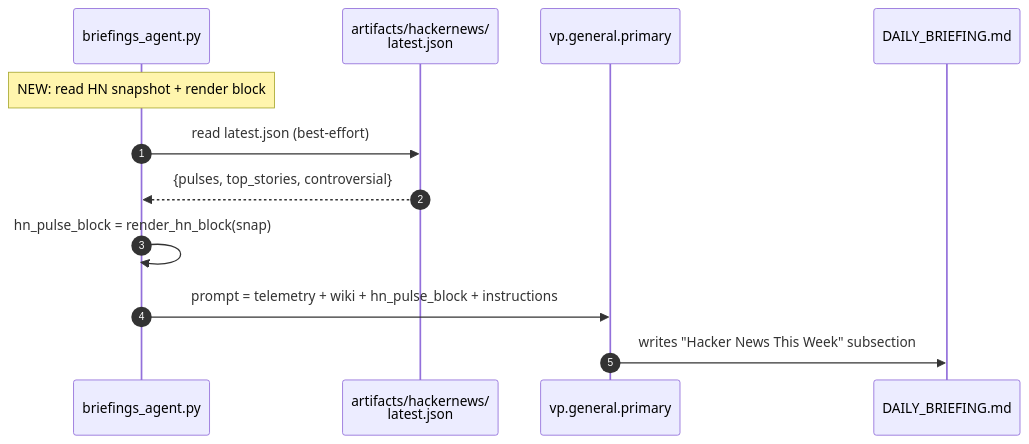
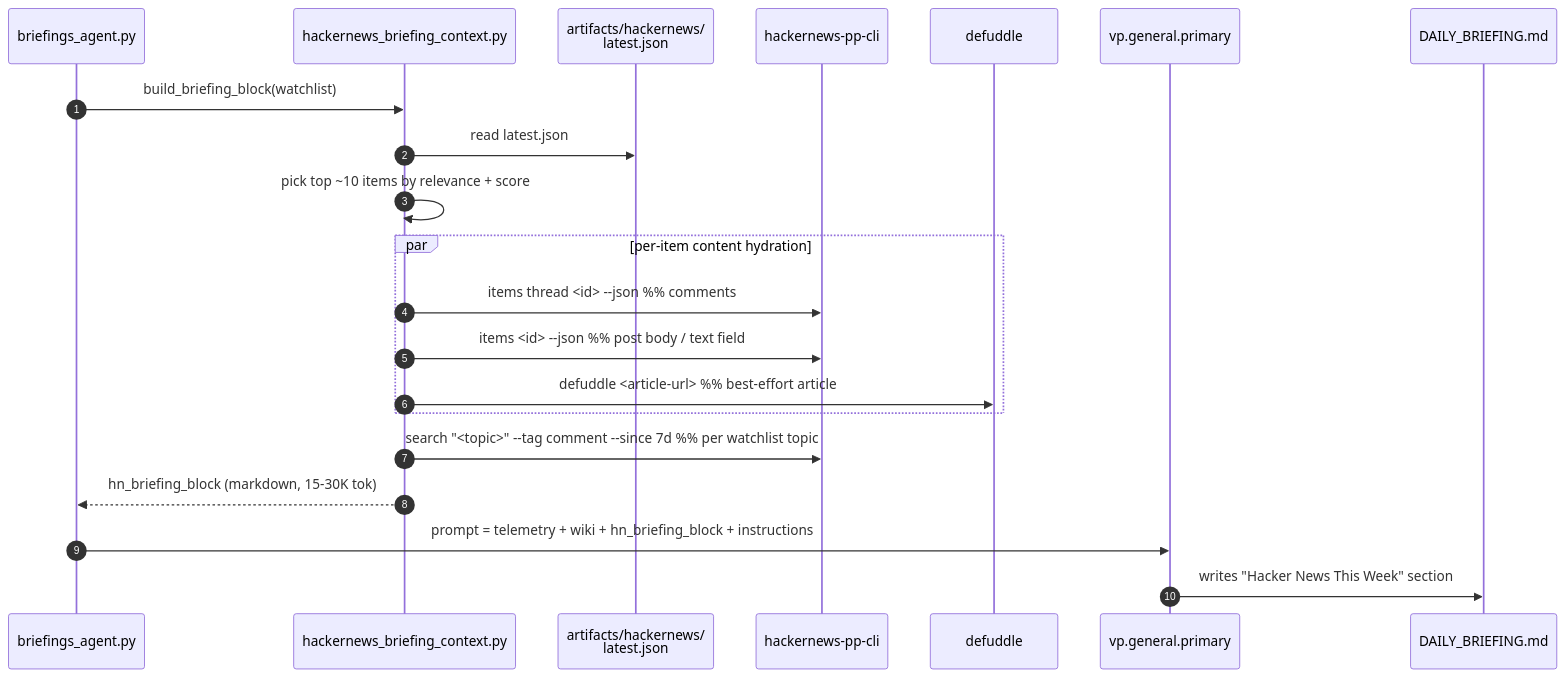
The second of 4 diagrams in docs/integrations/hackernews_phase2_plan.md (Kjdragan/universal_agent), drawn with Mermaid before and after one commit. The commit also changed other lines of this file and 2 other files, not shown here.

````diff
--- a/docs/integrations/hackernews_phase2_plan.md
+++ b/docs/integrations/hackernews_phase2_plan.md
@@ -64,15 +86,24 @@
 ```mermaid
 sequenceDiagram
     autonumber
     participant Agent as briefings_agent.py
+    participant Hlp as hackernews_briefing_context.py
     participant Snap as artifacts/hackernews/<br/>latest.json
+    participant CLI as hackernews-pp-cli
+    participant Df as defuddle
     participant VP as vp.general.primary
     participant Out as DAILY_BRIEFING.md
 
-    Note over Agent: NEW: read HN snapshot + render block
-    Agent->>Snap: read latest.json (best-effort)
-    Snap-->>Agent: {pulses, top_stories, controversial}
-    Agent->>Agent: hn_pulse_block = render_hn_block(snap)
-    Agent->>VP: prompt = telemetry + wiki + hn_pulse_block + instructions
-    VP->>Out: writes "Hacker News This Week" subsection
+    Agent->>Hlp: build_briefing_block(watchlist)
+    Hlp->>Snap: read latest.json
+    Hlp->>Hlp: pick top ~10 items by relevance + score
+    par per-item content hydration
+      Hlp->>CLI: items thread <id> --json   %% comments
+      Hlp->>CLI: items <id> --json          %% post body / text field
+      Hlp->>Df: defuddle <article-url>      %% best-effort article
+    end
+    Hlp->>CLI: search "<topic>" --tag comment --since 7d  %% per watchlist topic
+    Hlp-->>Agent: hn_briefing_block (markdown, 15-30K tok)
+    Agent->>VP: prompt = telemetry + wiki + hn_briefing_block + instructions
+    VP->>Out: writes "Hacker News This Week" section
 ```
````
